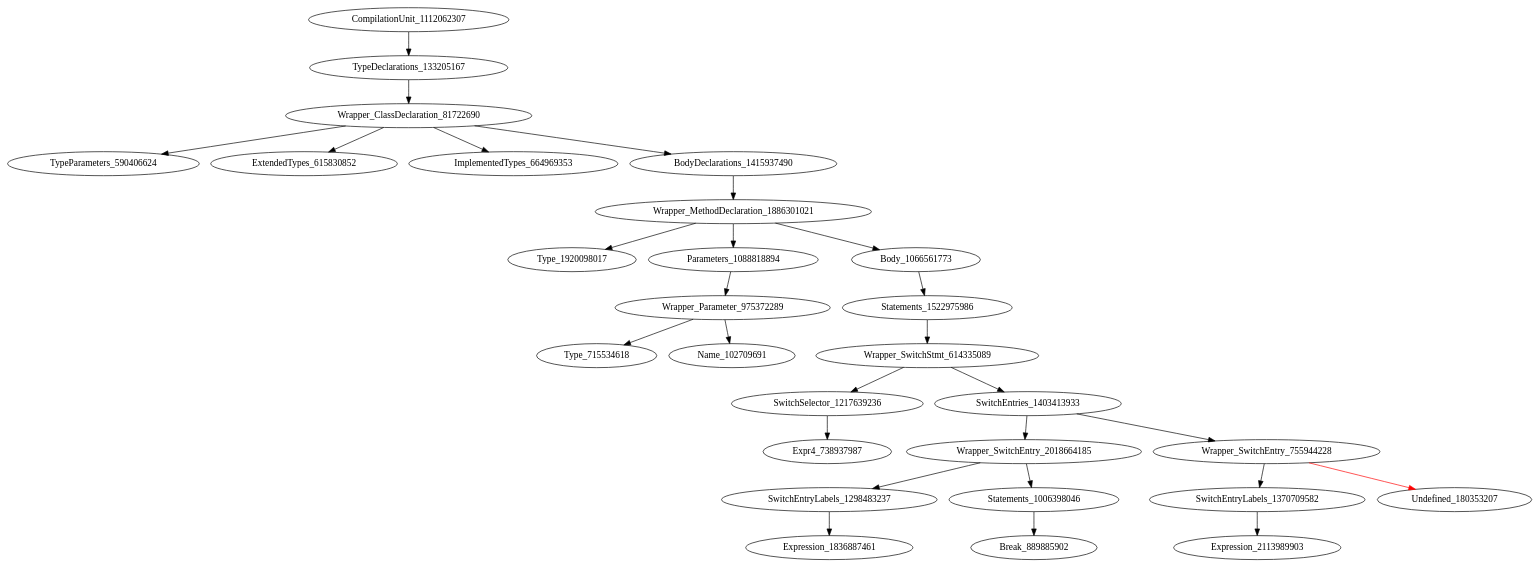
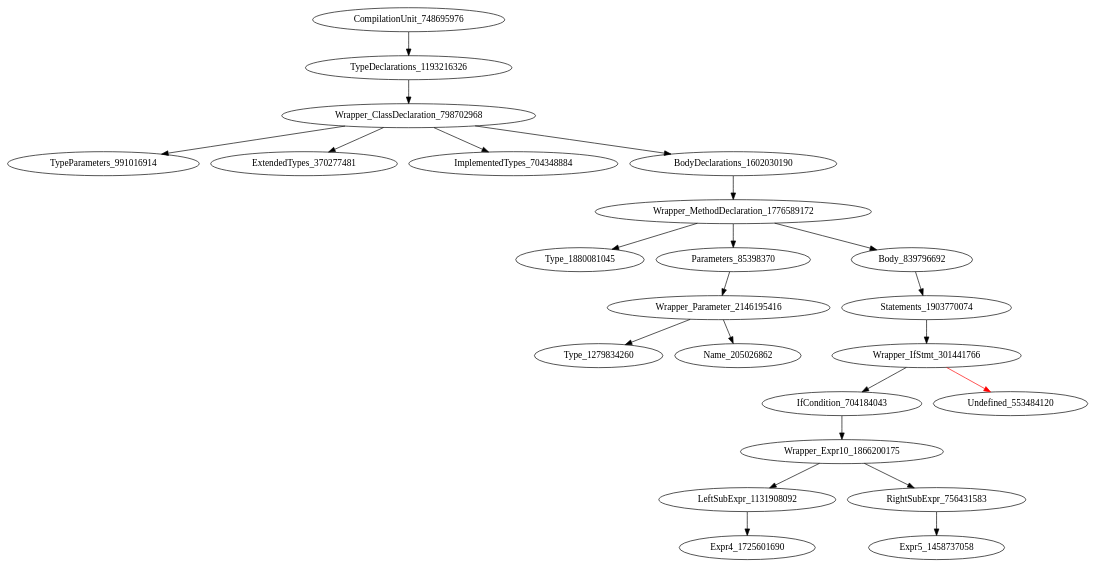
The diagram in holeAST.dot (icse2023material/VoiceJava), drawn with Graphviz before and after one commit. The commit also changed 5 other files, not shown here.

```diff
--- a/holeAST.dot
+++ b/holeAST.dot
@@ -1,29 +1,24 @@
 digraph {
-CompilationUnit_1112062307 -> TypeDeclarations_133205167
-TypeDeclarations_133205167 -> Wrapper_ClassDeclaration_81722690
-Wrapper_ClassDeclaration_81722690 -> TypeParameters_590406624
-Wrapper_ClassDeclaration_81722690 -> ExtendedTypes_615830852
-Wrapper_ClassDeclaration_81722690 -> ImplementedTypes_664969353
-Wrapper_ClassDeclaration_81722690 -> BodyDeclarations_1415937490
-BodyDeclarations_1415937490 -> Wrapper_MethodDeclaration_1886301021
-Wrapper_MethodDeclaration_1886301021 -> Type_1920098017
-Wrapper_MethodDeclaration_1886301021 -> Parameters_1088818894
-Wrapper_MethodDeclaration_1886301021 -> Body_1066561773
-Parameters_1088818894 -> Wrapper_Parameter_975372289
-Body_1066561773 -> Statements_1522975986
-Wrapper_Parameter_975372289 -> Type_715534618
-Wrapper_Parameter_975372289 -> Name_102709691
-Statements_1522975986 -> Wrapper_SwitchStmt_614335089
-Wrapper_SwitchStmt_614335089 -> SwitchSelector_1217639236
-Wrapper_SwitchStmt_614335089 -> SwitchEntries_1403413933
-SwitchSelector_1217639236 -> Expr4_738937987
-SwitchEntries_1403413933 -> Wrapper_SwitchEntry_2018664185
-SwitchEntries_1403413933 -> Wrapper_SwitchEntry_755944228
-Wrapper_SwitchEntry_2018664185 -> SwitchEntryLabels_1298483237
-Wrapper_SwitchEntry_2018664185 -> Statements_1006398046
-Wrapper_SwitchEntry_755944228 -> SwitchEntryLabels_1370709582
-Wrapper_SwitchEntry_755944228 -> Undefined_180353207 [color = red] 
-SwitchEntryLabels_1298483237 -> Expression_1836887461
-Statements_1006398046 -> Break_889885902
-SwitchEntryLabels_1370709582 -> Expression_2113989903
+CompilationUnit_748695976 -> TypeDeclarations_1193216326
+TypeDeclarations_1193216326 -> Wrapper_ClassDeclaration_798702968
+Wrapper_ClassDeclaration_798702968 -> TypeParameters_991016914
+Wrapper_ClassDeclaration_798702968 -> ExtendedTypes_370277481
+Wrapper_ClassDeclaration_798702968 -> ImplementedTypes_704348884
+Wrapper_ClassDeclaration_798702968 -> BodyDeclarations_1602030190
+BodyDeclarations_1602030190 -> Wrapper_MethodDeclaration_1776589172
+Wrapper_MethodDeclaration_1776589172 -> Type_1880081045
+Wrapper_MethodDeclaration_1776589172 -> Parameters_85398370
+Wrapper_MethodDeclaration_1776589172 -> Body_839796692
+Parameters_85398370 -> Wrapper_Parameter_2146195416
+Body_839796692 -> Statements_1903770074
+Wrapper_Parameter_2146195416 -> Type_1279834260
+Wrapper_Parameter_2146195416 -> Name_205026862
+Statements_1903770074 -> Wrapper_IfStmt_301441766
+Wrapper_IfStmt_301441766 -> IfCondition_704184043
+Wrapper_IfStmt_301441766 -> Undefined_553484120 [color = red] 
+IfCondition_704184043 -> Wrapper_Expr10_1866200175
+Wrapper_Expr10_1866200175 -> LeftSubExpr_1131908092
+Wrapper_Expr10_1866200175 -> RightSubExpr_756431583
+LeftSubExpr_1131908092 -> Expr4_1725601690
+RightSubExpr_756431583 -> Expr5_1458737058
 }
```
